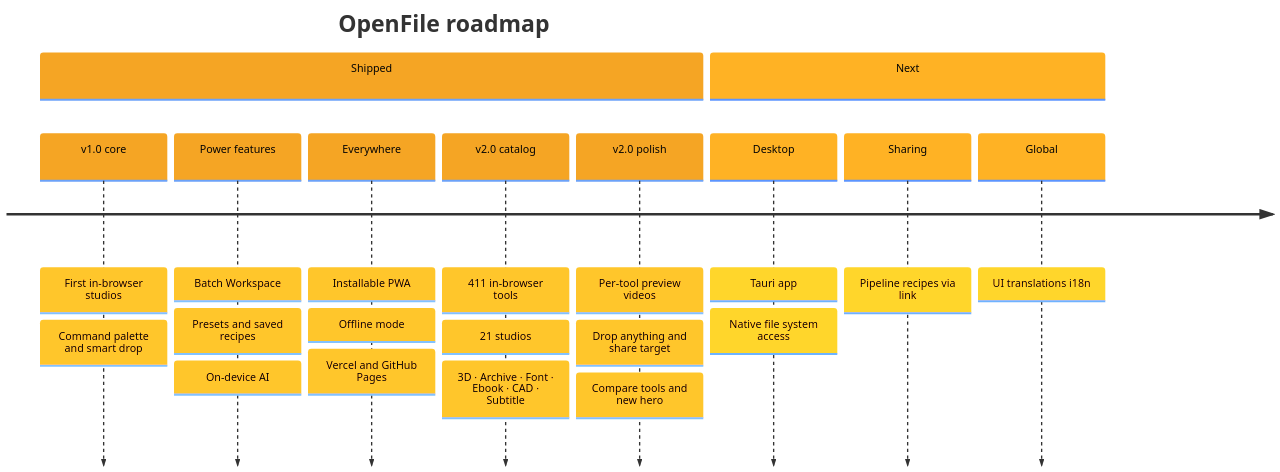
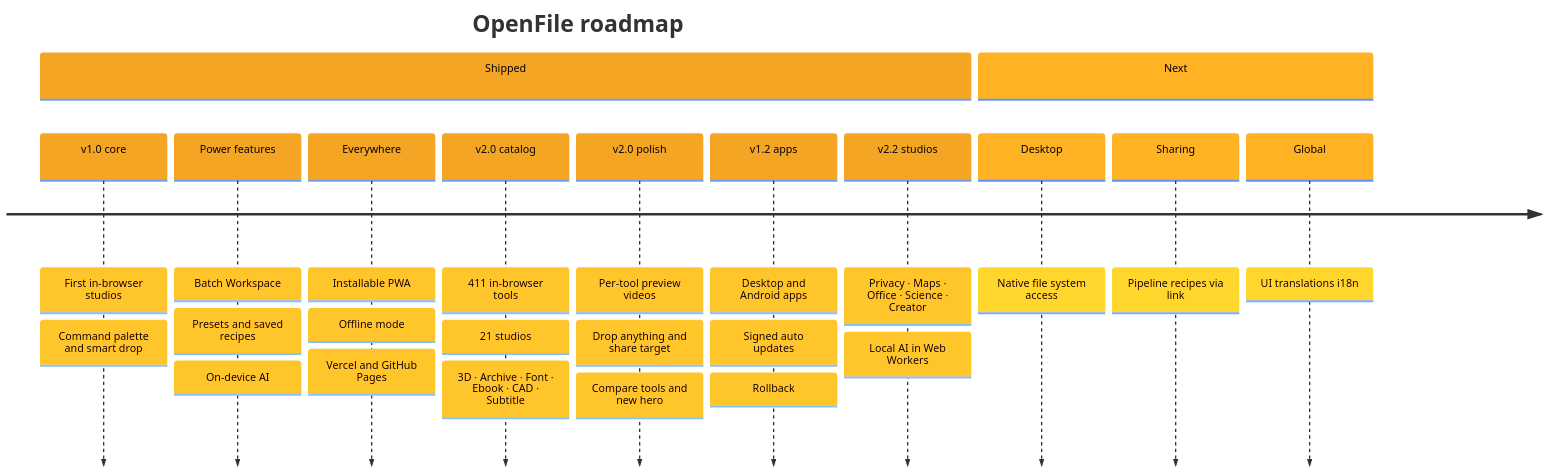
One commit to aniruddhaadak80/OpenFile changed the eighth of 8 diagrams in README.md. Above: the diagram before and after it, drawn with Mermaid. The commit also changed other lines of this file and 6 other files, not shown here.

````diff
--- a/README.md
+++ b/README.md
@@ -1500,15 +1581,17 @@
 ```mermaid
 %%{init: {'theme':'base','themeVariables':{'fontFamily':'system-ui, sans-serif','cScale0':'#F5A524','cScaleLabel0':'#050505','cScale1':'#FFB224','cScaleLabel1':'#050505','cScale2':'#14B8A6','cScaleLabel2':'#050505','cScale3':'#22D3EE','cScaleLabel3':'#050505','cScale4':'#10B981','cScaleLabel4':'#050505','cScale5':'#38BDF8','cScaleLabel5':'#050505','cScale6':'#FCD34D','cScaleLabel6':'#050505','cScale7':'#5EEAD4','cScaleLabel7':'#050505'}}}%%
 timeline
     title OpenFile roadmap
     section Shipped
         v1.0 core : First in-browser studios : Command palette and smart drop
         Power features : Batch Workspace : Presets and saved recipes : On-device AI
         Everywhere : Installable PWA : Offline mode : Vercel and GitHub Pages
         v2.0 catalog : 411 in-browser tools : 21 studios : 3D · Archive · Font · Ebook · CAD · Subtitle
         v2.0 polish : Per-tool preview videos : Drop anything and share target : Compare tools and new hero
+        v1.2 apps : Desktop and Android apps : Signed auto updates : Rollback
+        v2.2 studios : Privacy · Maps · Office · Science · Creator : Local AI in Web Workers
     section Next
-        Desktop : Tauri app : Native file system access
+        Desktop : Native file system access
         Sharing : Pipeline recipes via link
         Global : UI translations i18n
 ```
````
